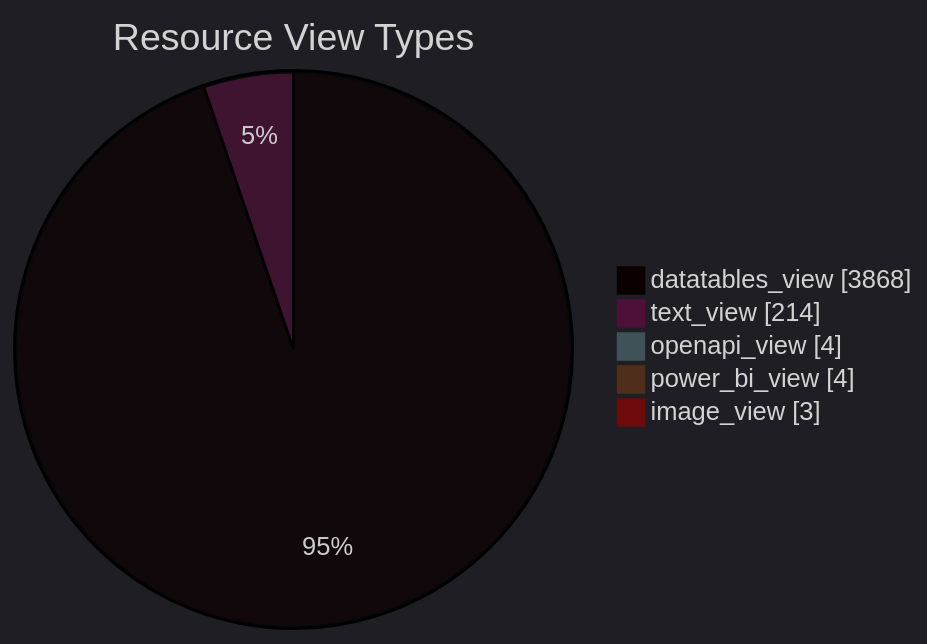
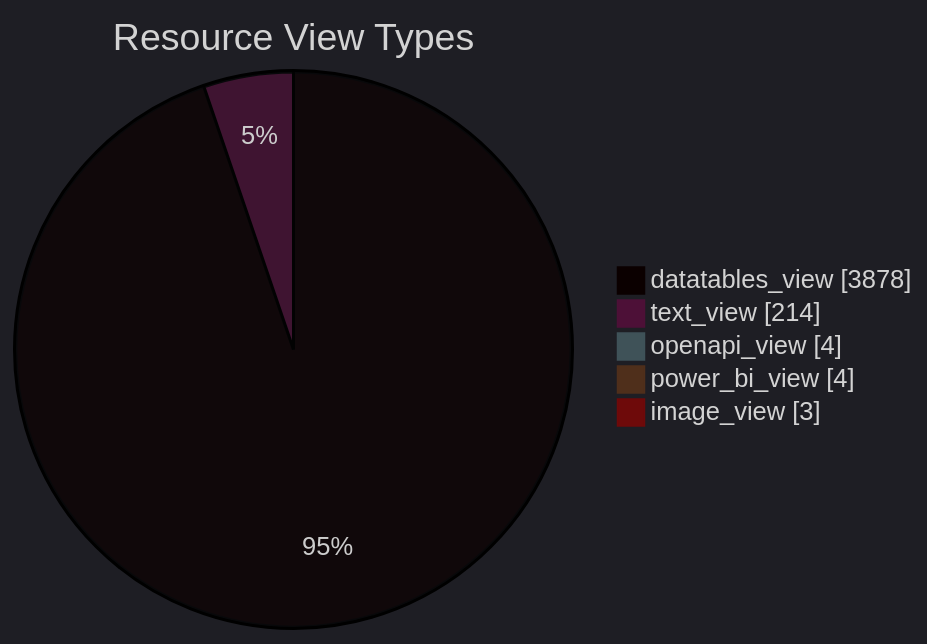
The diagram in datastore_tracker/resource_view_types_pie_chart.md (open-data/analytics-corporate-reporting), drawn with Mermaid before and after one commit. The commit also changed 11 other files, not shown here.

````diff
--- a/datastore_tracker/resource_view_types_pie_chart.md
+++ b/datastore_tracker/resource_view_types_pie_chart.md
@@ -2,12 +2,12 @@
 ```mermaid
 ---
 config:
   theme: dark
 ---
 pie showData title Resource View Types
-    "datatables_view": 3868
+    "datatables_view": 3878
     "text_view": 214
     "openapi_view": 4
     "power_bi_view": 4
     "image_view": 3
 ```
````
